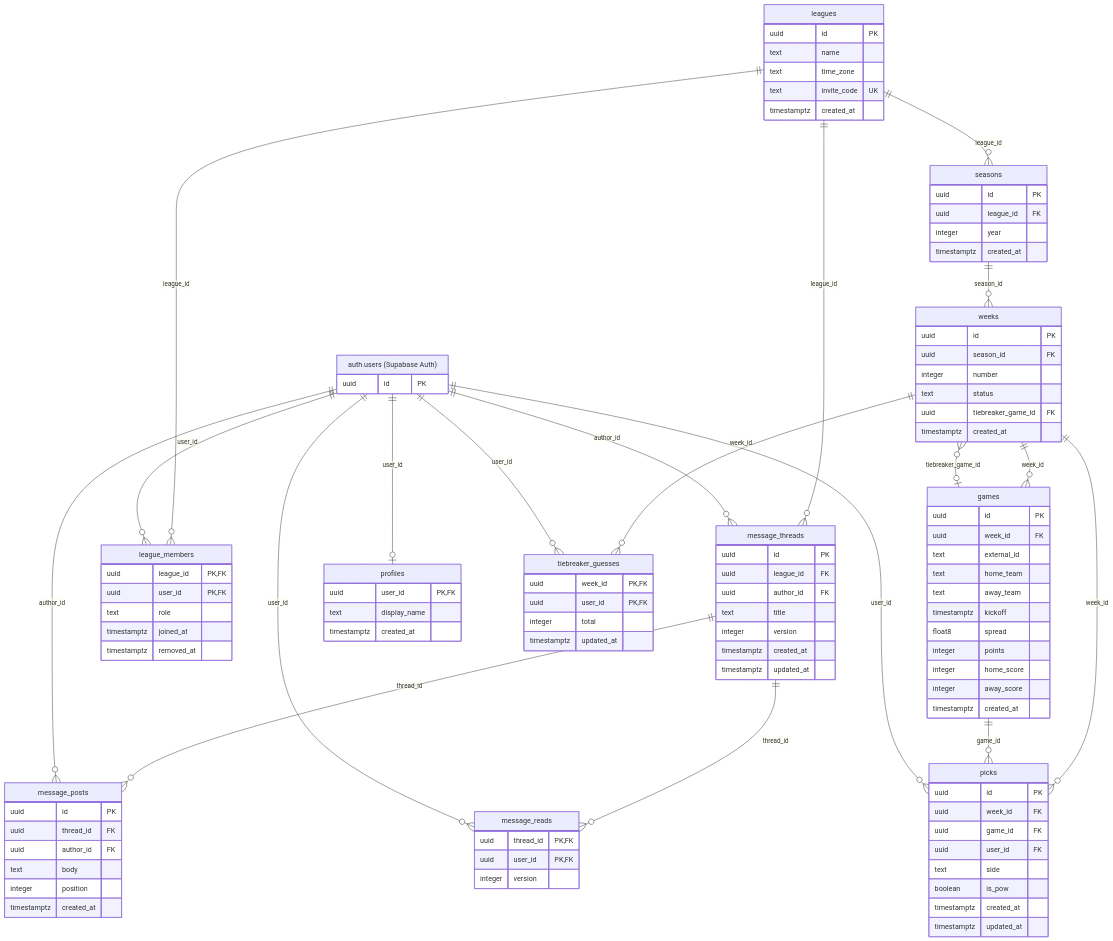
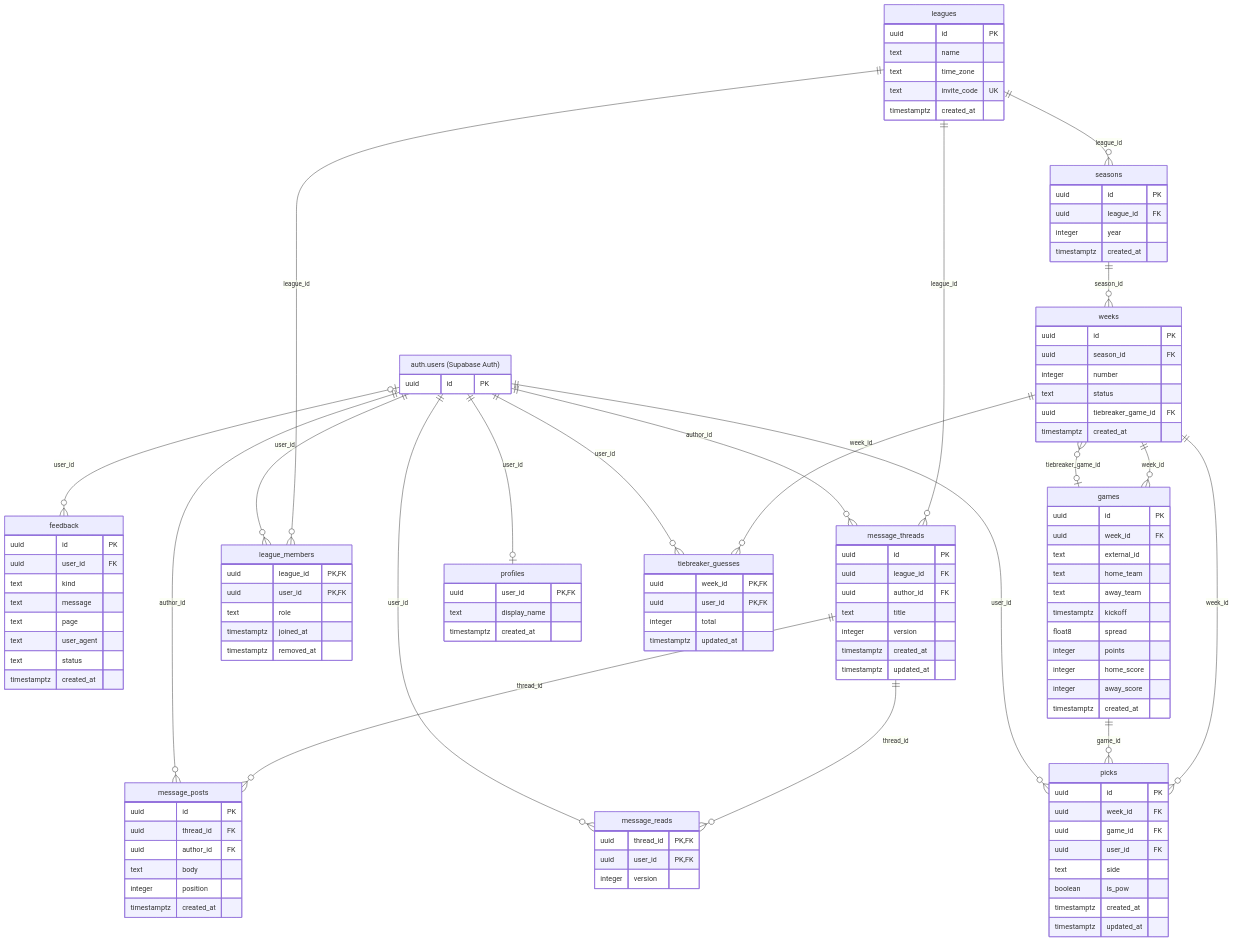
Before and after one commit to zimm11/football-weekly-picks: the diagram in docs/schema.md, drawn with Mermaid. The commit also changed other lines of this file and 28 other files, not shown here.

````diff
--- a/docs/schema.md
+++ b/docs/schema.md
@@ -15,5 +15,6 @@
 ```mermaid
 erDiagram
+  auth_users |o--o{ feedback : "user_id"
   weeks ||--o{ games : "week_id"
   leagues ||--o{ league_members : "league_id"
   auth_users ||--o{ league_members : "user_id"
@@ -34,6 +35,16 @@
   games |o--o{ weeks : "tiebreaker_game_id"
   auth_users["auth.users (Supabase Auth)"] {
     uuid id PK
+  }
+  feedback {
+    uuid id PK
+    uuid user_id FK
+    text kind
+    text message
+    text page
+    text user_agent
+    text status
+    timestamptz created_at
   }
   games {
     uuid id PK
````
